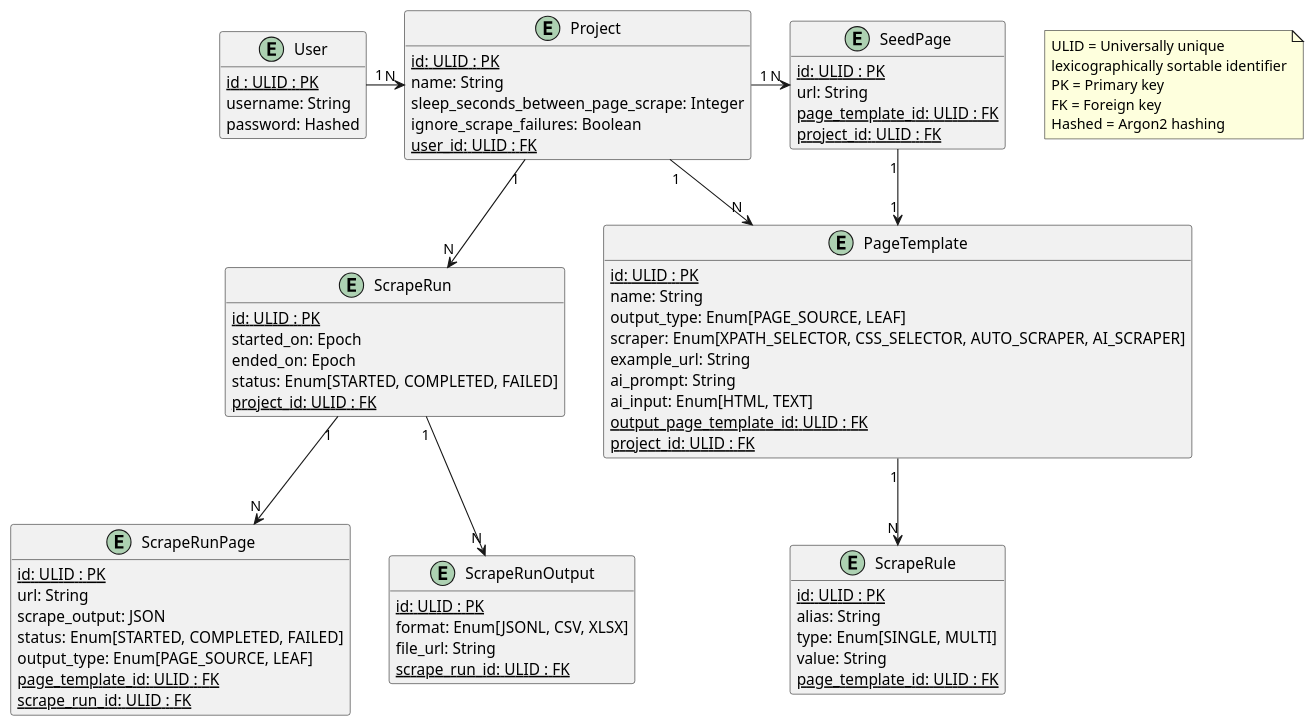
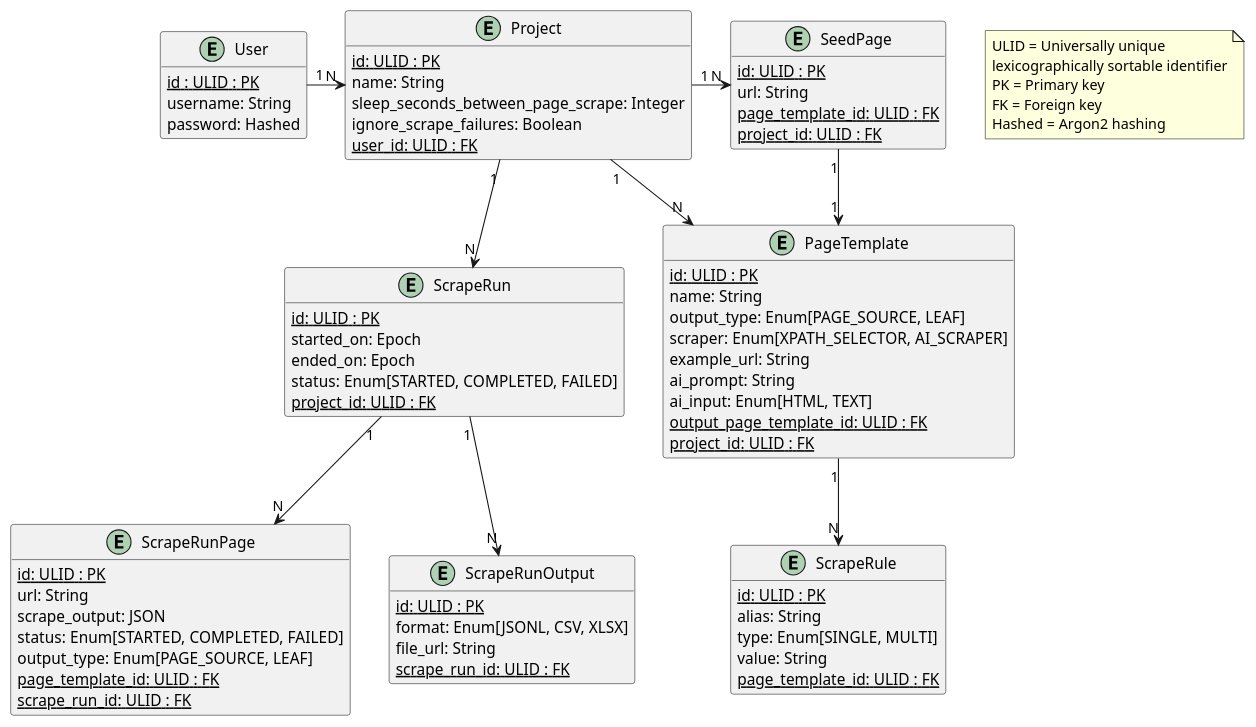
The diagram in docs/plantuml/src/db-schema.plantuml (tejas0908/EasyScraper), drawn with PlantUML before and after one commit. The commit also changed 12 other files, not shown here.

```diff
--- a/docs/plantuml/src/db-schema.plantuml
+++ b/docs/plantuml/src/db-schema.plantuml
@@ -1,87 +1,87 @@
 @startuml
 entity User {
     {static} id : ULID : PK
     username: String
     password: Hashed
 }
 entity Project {
     {static} id: ULID : PK
     name: String
     sleep_seconds_between_page_scrape: Integer
     ignore_scrape_failures: Boolean
     {static} user_id: ULID : FK
 }
 entity PageTemplate {
     {static} id: ULID : PK
     name: String
     output_type: Enum[PAGE_SOURCE, LEAF]
-    scraper: Enum[XPATH_SELECTOR, CSS_SELECTOR, AUTO_SCRAPER, AI_SCRAPER]
+    scraper: Enum[XPATH_SELECTOR, AI_SCRAPER]
     example_url: String
     ai_prompt: String
     ai_input: Enum[HTML, TEXT]
     {static} output_page_template_id: ULID : FK
     {static} project_id: ULID : FK
 }
 entity ScrapeRule {
     {static} id: ULID : PK
     alias: String
     type: Enum[SINGLE, MULTI]
     value: String
     {static} page_template_id: ULID : FK
 }
 entity SeedPage {
     {static} id: ULID : PK
     url: String
     {static} page_template_id: ULID : FK
     {static} project_id: ULID : FK
 }
 entity ScrapeRun {
     {static} id: ULID : PK
     started_on: Epoch
     ended_on: Epoch
     status: Enum[STARTED, COMPLETED, FAILED]
     {static} project_id: ULID : FK
 }
 entity ScrapeRunPage {
     {static} id: ULID : PK
     url: String
     scrape_output: JSON
     status: Enum[STARTED, COMPLETED, FAILED]
     output_type: Enum[PAGE_SOURCE, LEAF]
     {static} page_template_id: ULID : FK
     {static} scrape_run_id: ULID : FK
 }
 entity ScrapeRunOutput {
     {static} id: ULID : PK
     format: Enum[JSONL, CSV, XLSX]
     file_url: String
     {static} scrape_run_id: ULID : FK
 }
 
 User "1" -right-> "N" Project
 Project "1" -down-> "N" PageTemplate
 Project "1" -right-> "N" SeedPage
 SeedPage "1" -down-> "1" PageTemplate
 PageTemplate "1" --> "N" ScrapeRule
 Project "1" --> "N" ScrapeRun
 ScrapeRun "1" --> "N" ScrapeRunPage
 ScrapeRun "1" --> "N" ScrapeRunOutput
 
 hide User methods
 hide Project methods
 hide PageTemplate methods
 hide SeedPage methods
 hide ScrapeRule methods
 hide ScrapeRun methods
 hide ScrapeRunPage methods
 hide ScrapeRunOutput methods
 
 note as N1
     ULID = Universally unique 
     lexicographically sortable identifier
     PK = Primary key
     FK = Foreign key
     Hashed = Argon2 hashing
 end note
 
 @enduml
```
